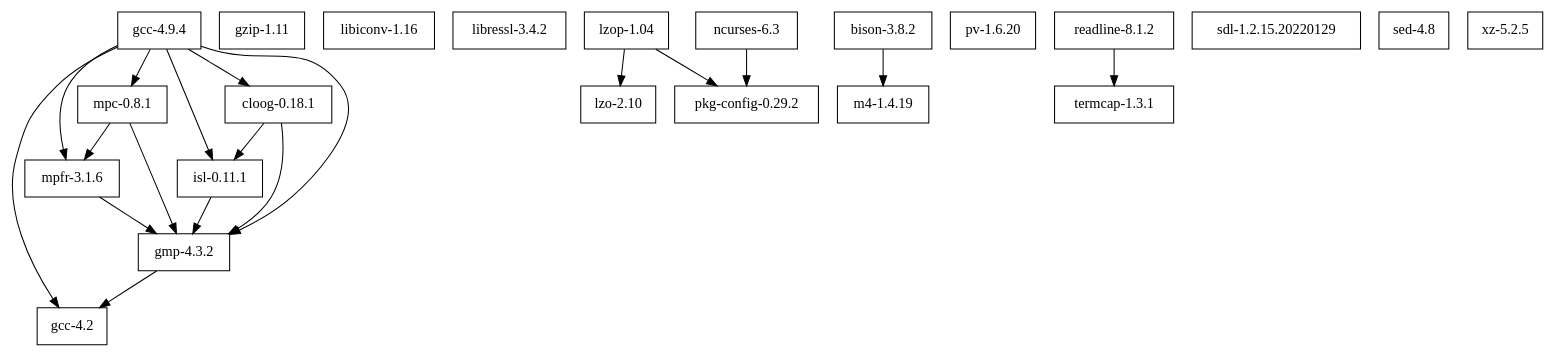
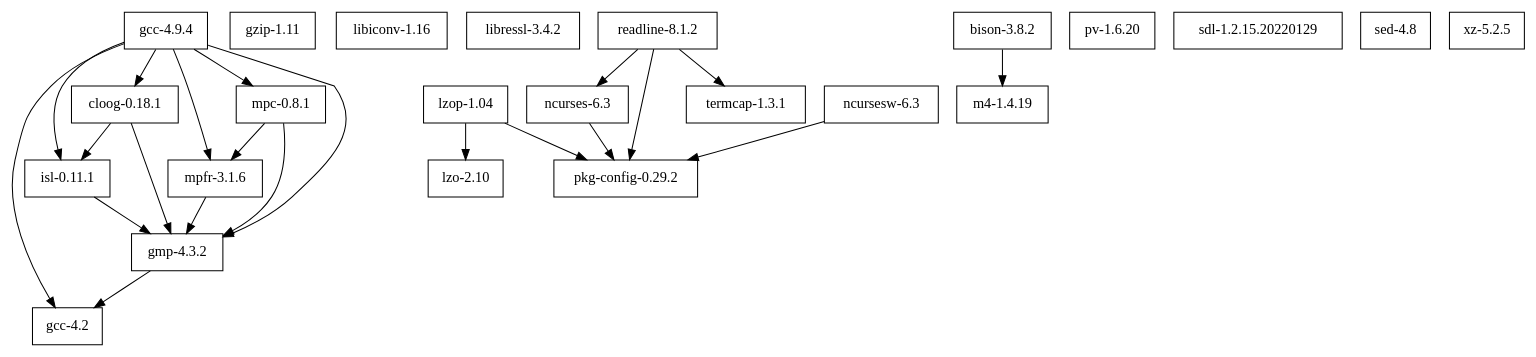
The diagram in tigersh/deps/dependencies.dot (cellularmitosis/leopard.sh), drawn with Graphviz before and after one commit. The commit also changed 16 other files, not shown here.

Commit message:
separate packages for ncurses and ncursesw

```diff
--- a/tigersh/deps/dependencies.dot
+++ b/tigersh/deps/dependencies.dot
@@ -1,42 +1,46 @@
 digraph mygraph {
 node [shape=box];
 
 "gcc-4.2"
 "gzip-1.11"
 "libiconv-1.16"
 "libressl-3.4.2"
 "lzo-2.10"
 "ncurses-6.3"
+"ncursesw-6.3"
 "m4-1.4.19"
 "pkg-config-0.29.2"
 "pv-1.6.20"
 "readline-8.1.2"
 "sdl-1.2.15.20220129"
 "sed-4.8"
 "termcap-1.3.1"
 "xz-5.2.5"
 
 "bison-3.8.2" -> "m4-1.4.19"
 "gmp-4.3.2" -> "gcc-4.2"
+"lzop-1.04" -> "lzo-2.10"
 "lzop-1.04" -> "pkg-config-0.29.2"
-"lzop-1.04" -> "lzo-2.10"
 "ncurses-6.3" -> "pkg-config-0.29.2"
+"ncursesw-6.3" -> "pkg-config-0.29.2"
+"readline-8.1.2" -> "ncurses-6.3"
+"readline-8.1.2" -> "pkg-config-0.29.2"
 "readline-8.1.2" -> "termcap-1.3.1"
 
+"isl-0.11.1" -> "gmp-4.3.2"
 "mpfr-3.1.6" -> "gmp-4.3.2"
-"isl-0.11.1" -> "gmp-4.3.2"
 
 "mpc-0.8.1" -> "gmp-4.3.2"
 "mpc-0.8.1" -> "mpfr-3.1.6"
 
 "cloog-0.18.1" -> "gmp-4.3.2"
 "cloog-0.18.1" -> "isl-0.11.1"
 
+"gcc-4.9.4" -> "cloog-0.18.1"
 "gcc-4.9.4" -> "gcc-4.2"
 "gcc-4.9.4" -> "gmp-4.3.2"
+"gcc-4.9.4" -> "isl-0.11.1"
+"gcc-4.9.4" -> "mpc-0.8.1"
 "gcc-4.9.4" -> "mpfr-3.1.6"
-"gcc-4.9.4" -> "mpc-0.8.1"
-"gcc-4.9.4" -> "isl-0.11.1"
-"gcc-4.9.4" -> "cloog-0.18.1"
 
 }
```
